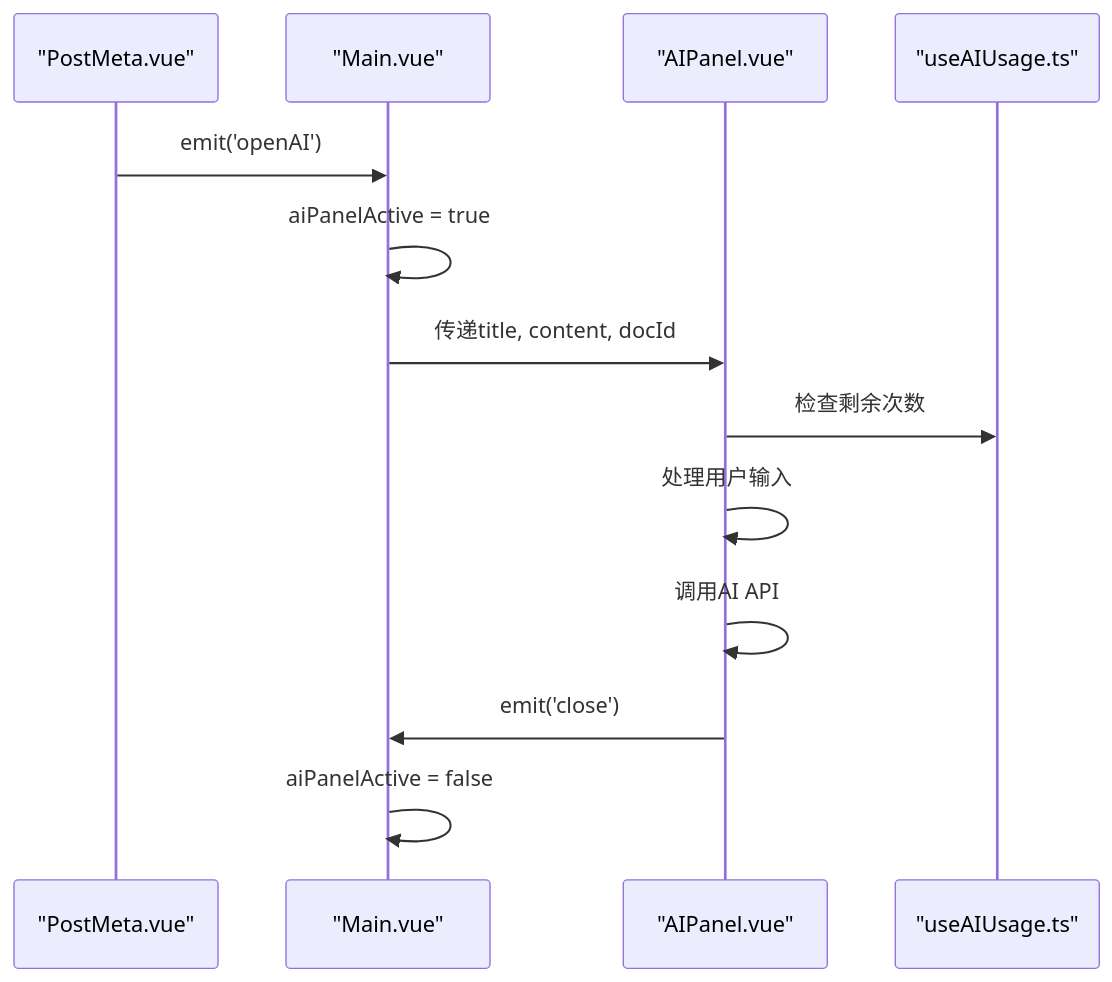
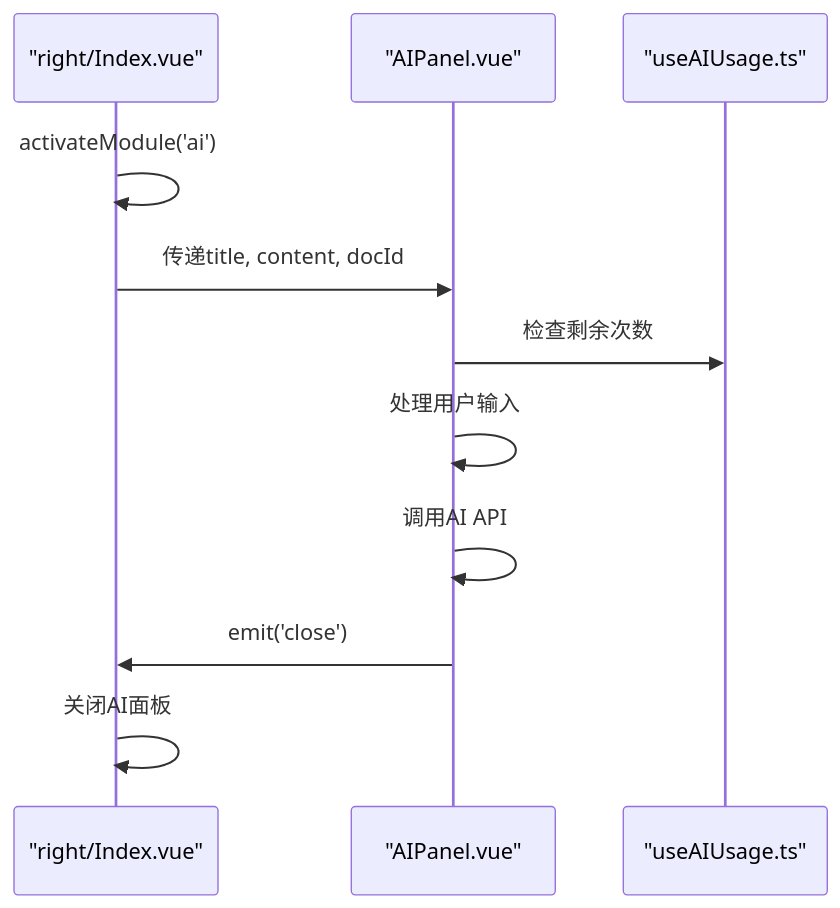
Before and after one commit to terwer/siyuan-plugin-blog: the seventh of 8 diagrams in .qoder/repowiki/zh/content/核心功能/UI 组件系统/内容组件.md, drawn with Mermaid. The commit also changed other lines of this file and 5 other files, not shown here.

````diff
--- a/.qoder/repowiki/zh/content/核心功能/UI 组件系统/内容组件.md
+++ b/.qoder/repowiki/zh/content/核心功能/UI 组件系统/内容组件.md
@@ -387,15 +372,13 @@
 ```mermaid
 sequenceDiagram
-participant PM as "PostMeta.vue"
-participant M as "Main.vue"
+participant R as "right/Index.vue"
 participant AIP as "AIPanel.vue"
 participant UA as "useAIUsage.ts"
-PM->>M : emit('openAI')
-M->>M : aiPanelActive = true
-M->>AIP : 传递title, content, docId
+R->>R : activateModule('ai')
+R->>AIP : 传递title, content, docId
 AIP->>UA : 检查剩余次数
 AIP->>AIP : 处理用户输入
 AIP->>AIP : 调用AI API
-AIP->>M : emit('close')
-M->>M : aiPanelActive = false
+AIP->>R : emit('close')
+R->>R : 关闭AI面板
 ```
````
